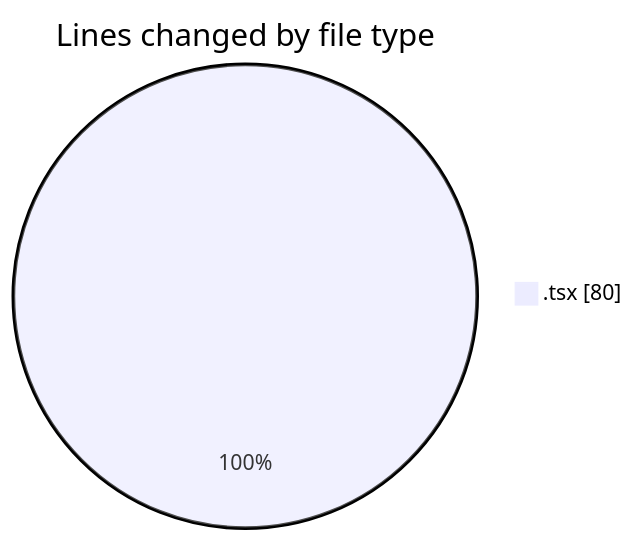
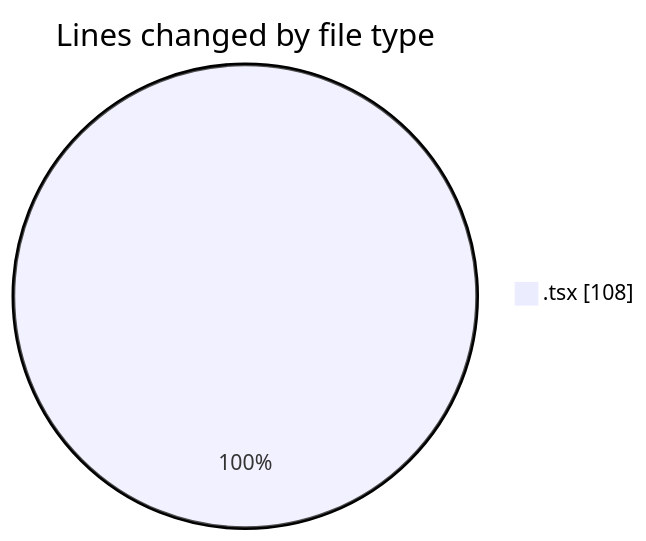
One commit to nxtqubesakshisongat/code-tracking changed the first of 2 diagrams in 2026-06-12/nxtqube_webapp/README.md. Above: the diagram before and after it, drawn with Mermaid. The commit also changed other lines of this file and 1 other file, not shown here.

````diff
--- a/2026-06-12/nxtqube_webapp/README.md
+++ b/2026-06-12/nxtqube_webapp/README.md
@@ -21,5 +21,5 @@
 ```mermaid
 pie showData
 title Lines changed by file type
-".tsx" : 80
+".tsx" : 108
 ```
````
